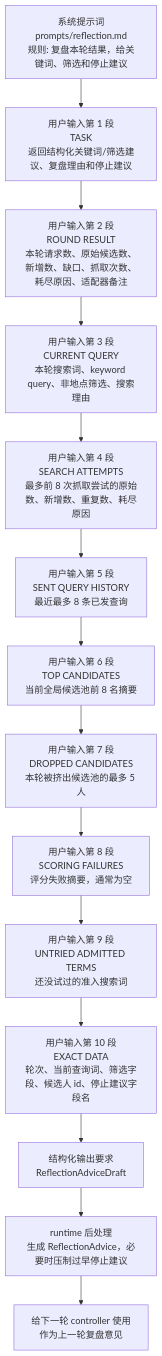
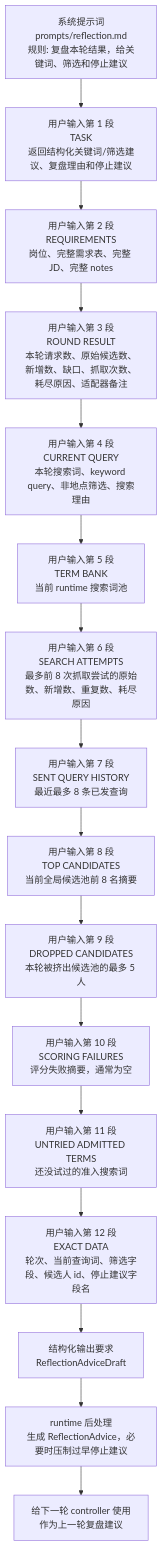
Before and after one commit to FrankQDWang/cv-match: the sixth of 10 diagrams in docs/llm-context-composition.zh-CN.md, drawn with Mermaid. The commit also changed other lines of this file and 1 other file, not shown here.

Commit message:
Document context authority semantics

````diff
--- a/docs/llm-context-composition.zh-CN.md
+++ b/docs/llm-context-composition.zh-CN.md
@@ -133,16 +133,18 @@
 ```mermaid
 flowchart TD
     A["系统提示词<br/>prompts/reflection.md<br/>规则: 复盘本轮结果，给关键词、筛选和停止建议"] --> B["用户输入第 1 段<br/>TASK<br/>返回结构化关键词/筛选建议、复盘理由和停止建议"]
-    B --> C["用户输入第 2 段<br/>ROUND RESULT<br/>本轮请求数、原始候选数、新增数、缺口、抓取次数、耗尽原因、适配器备注"]
-    C --> D["用户输入第 3 段<br/>CURRENT QUERY<br/>本轮搜索词、keyword query、非地点筛选、搜索理由"]
-    D --> E["用户输入第 4 段<br/>SEARCH ATTEMPTS<br/>最多前 8 次抓取尝试的原始数、新增数、重复数、耗尽原因"]
-    E --> F["用户输入第 5 段<br/>SENT QUERY HISTORY<br/>最近最多 8 条已发查询"]
-    F --> G["用户输入第 6 段<br/>TOP CANDIDATES<br/>当前全局候选池前 8 名摘要"]
-    G --> H["用户输入第 7 段<br/>DROPPED CANDIDATES<br/>本轮被挤出候选池的最多 5 人"]
-    H --> I["用户输入第 8 段<br/>SCORING FAILURES<br/>评分失败摘要，通常为空"]
-    I --> J["用户输入第 9 段<br/>UNTRIED ADMITTED TERMS<br/>还没试过的准入搜索词"]
-    J --> K["用户输入第 10 段<br/>EXACT DATA<br/>轮次、当前查询词、筛选字段、候选人 id、停止建议字段名"]
-    K --> L["结构化输出要求<br/>ReflectionAdviceDraft"]
-    L --> M["runtime 后处理<br/>生成 ReflectionAdvice，必要时压制过早停止建议"]
-    M --> N["给下一轮 controller 使用<br/>作为上一轮复盘意见"]
+    B --> C["用户输入第 2 段<br/>REQUIREMENTS<br/>岗位、完整需求表、完整 JD、完整 notes"]
+    C --> D["用户输入第 3 段<br/>ROUND RESULT<br/>本轮请求数、原始候选数、新增数、缺口、抓取次数、耗尽原因、适配器备注"]
+    D --> E["用户输入第 4 段<br/>CURRENT QUERY<br/>本轮搜索词、keyword query、非地点筛选、搜索理由"]
+    E --> F["用户输入第 5 段<br/>TERM BANK<br/>当前 runtime 搜索词池"]
+    F --> G["用户输入第 6 段<br/>SEARCH ATTEMPTS<br/>最多前 8 次抓取尝试的原始数、新增数、重复数、耗尽原因"]
+    G --> H["用户输入第 7 段<br/>SENT QUERY HISTORY<br/>最近最多 8 条已发查询"]
+    H --> I["用户输入第 8 段<br/>TOP CANDIDATES<br/>当前全局候选池前 8 名摘要"]
+    I --> J["用户输入第 9 段<br/>DROPPED CANDIDATES<br/>本轮被挤出候选池的最多 5 人"]
+    J --> K["用户输入第 10 段<br/>SCORING FAILURES<br/>评分失败摘要，通常为空"]
+    K --> L["用户输入第 11 段<br/>UNTRIED ADMITTED TERMS<br/>还没试过的准入搜索词"]
+    L --> M["用户输入第 12 段<br/>EXACT DATA<br/>轮次、当前查询词、筛选字段、候选人 id、停止建议字段名"]
+    M --> N["结构化输出要求<br/>ReflectionAdviceDraft"]
+    N --> O["runtime 后处理<br/>生成 ReflectionAdvice，必要时压制过早停止建议"]
+    O --> P["给下一轮 controller 使用<br/>作为上一轮复盘建议"]
 ```
````
